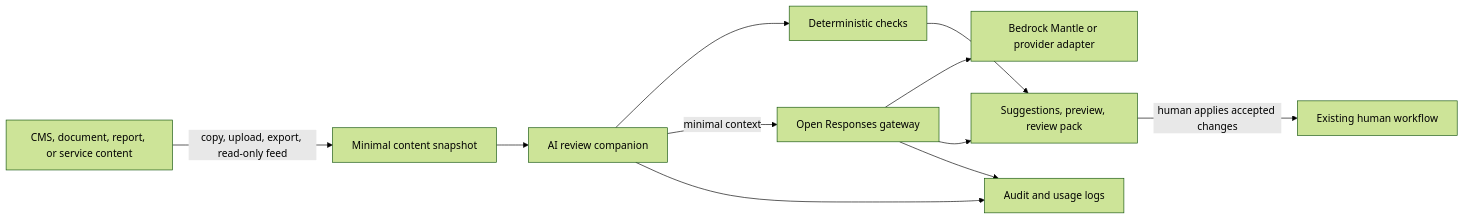
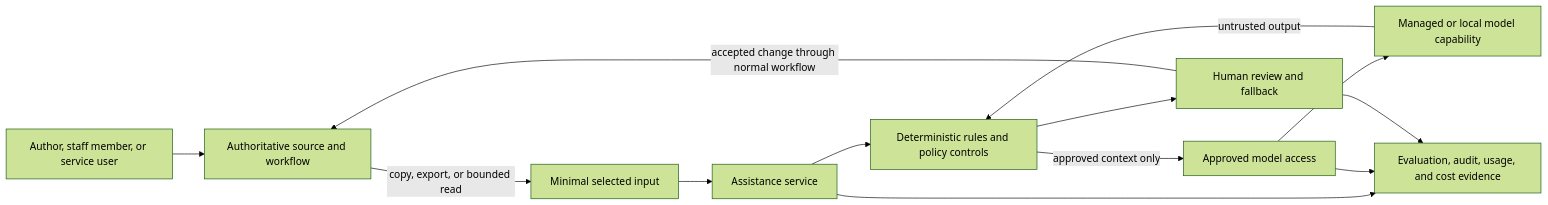
Before and after one commit to wagov-dtt/architecture-decision-records: the diagram in reference-architectures/ai-assisted-digital-services.md, drawn with Mermaid (forest theme). The commit also changed other lines of this file and 35 other files, not shown here.

First line of the commit message:
Modernise cyber protection architecture guidance (#29)

````diff
--- a/reference-architectures/ai-assisted-digital-services.md
+++ b/reference-architectures/ai-assisted-digital-services.md
@@ -43,23 +69,25 @@
 ```mermaid
 flowchart LR
-    source[CMS, document, report, or service content]
-    snapshot[Minimal content snapshot]
-    companion[AI review companion]
-    checks[Deterministic checks]
-    gateway[Open Responses gateway]
-    model[Bedrock Mantle or provider adapter]
-    output[Suggestions, preview, review pack]
-    workflow[Existing human workflow]
-    logs[Audit and usage logs]
+    user[Author, staff member, or service user]
+    source[Authoritative source and workflow]
+    input[Minimal selected input]
+    assist[Assistance service]
+    rules[Deterministic rules and policy controls]
+    access[Approved model access]
+    model[Managed or local model capability]
+    review[Human review and fallback]
+    evidence[Evaluation, audit, usage, and cost evidence]
 
-    source -->|copy, upload, export, read-only feed| snapshot
-    snapshot --> companion
-    companion --> checks
-    companion -->|minimal context| gateway
-    gateway --> model
-    checks --> output
-    gateway --> output
-    output -->|human applies accepted changes| workflow
-    companion --> logs
-    gateway --> logs
+    user --> source
+    source -->|copy, export, or bounded read| input
+    input --> assist
+    assist --> rules
+    rules -->|approved context only| access
+    access --> model
+    model -->|untrusted output| rules
+    rules --> review
+    review -->|accepted change through normal workflow| source
+    assist --> evidence
+    access --> evidence
+    review --> evidence
 ```
````
